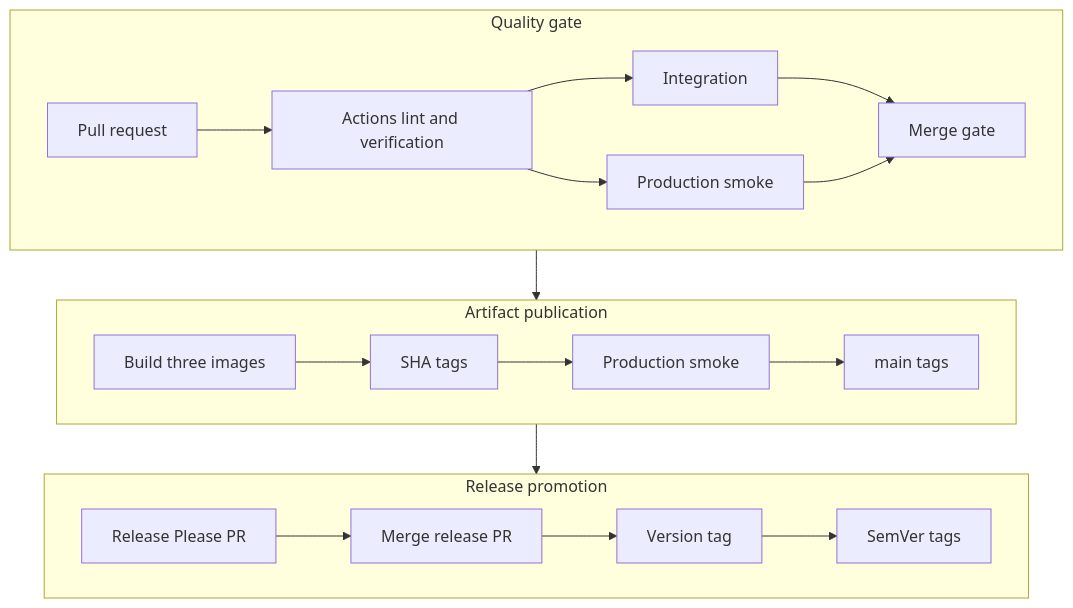
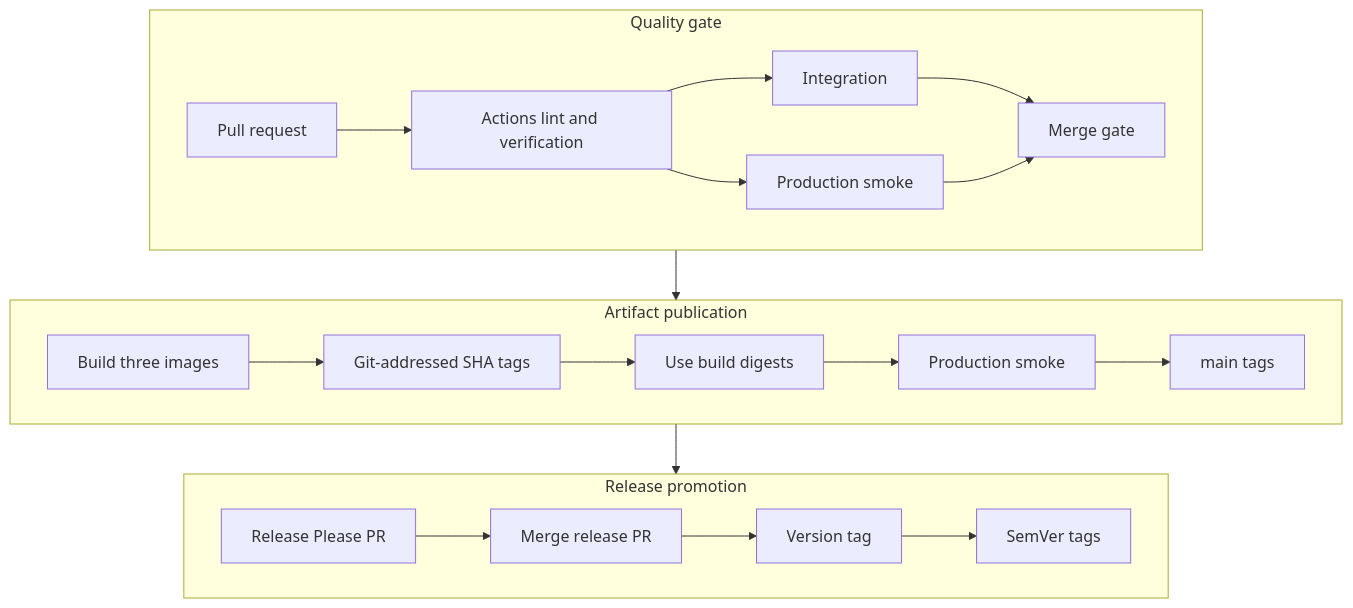
Before and after one commit to jakobzagar/Fit-Track: the diagram in docs/release-process.md, drawn with Mermaid. The commit also changed other lines of this file and 3 other files, not shown here.

Commit message:
ci: pin published smoke images by digest

````diff
--- a/docs/release-process.md
+++ b/docs/release-process.md
@@ -7,28 +7,29 @@
 ```mermaid
 flowchart TB
     subgraph Quality[Quality gate]
         direction LR
         PR[Pull request] --> Checks[Actions lint and verification]
         Checks --> Integration[Integration]
         Checks --> SourceSmoke[Production smoke]
         Integration --> Gate[Merge gate]
         SourceSmoke --> Gate
     end
 
     subgraph Artifacts[Artifact publication]
         direction LR
-        Build[Build three images] --> Sha[SHA tags]
-        Sha --> Smoke[Production smoke]
+        Build[Build three images] --> Sha[Git-addressed SHA tags]
+        Sha --> Digest[Use build digests]
+        Digest --> Smoke[Production smoke]
         Smoke --> Main[main tags]
     end
 
     subgraph Release[Release promotion]
         direction LR
         ReleasePR[Release Please PR] --> Merge[Merge release PR]
         Merge --> Tag[Version tag]
         Tag --> SemVer[SemVer tags]
     end
 
     Gate --> Build
     Main --> ReleasePR
 ```
````
